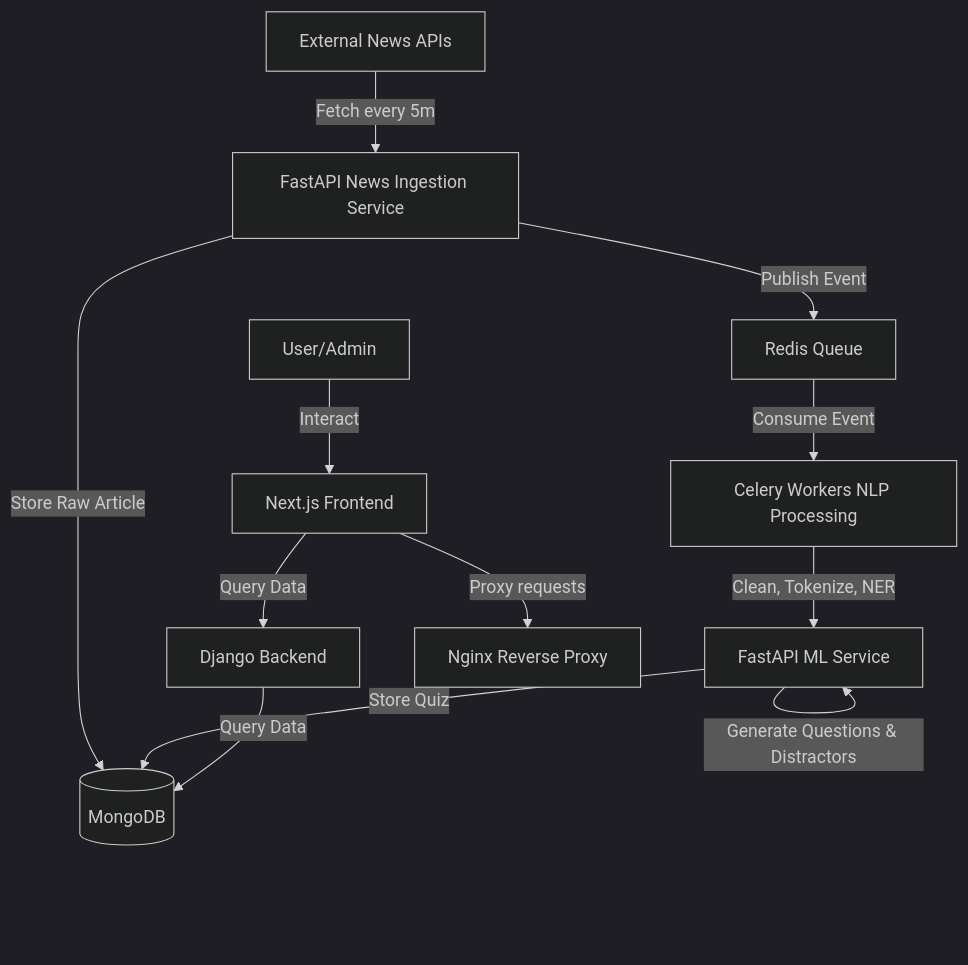
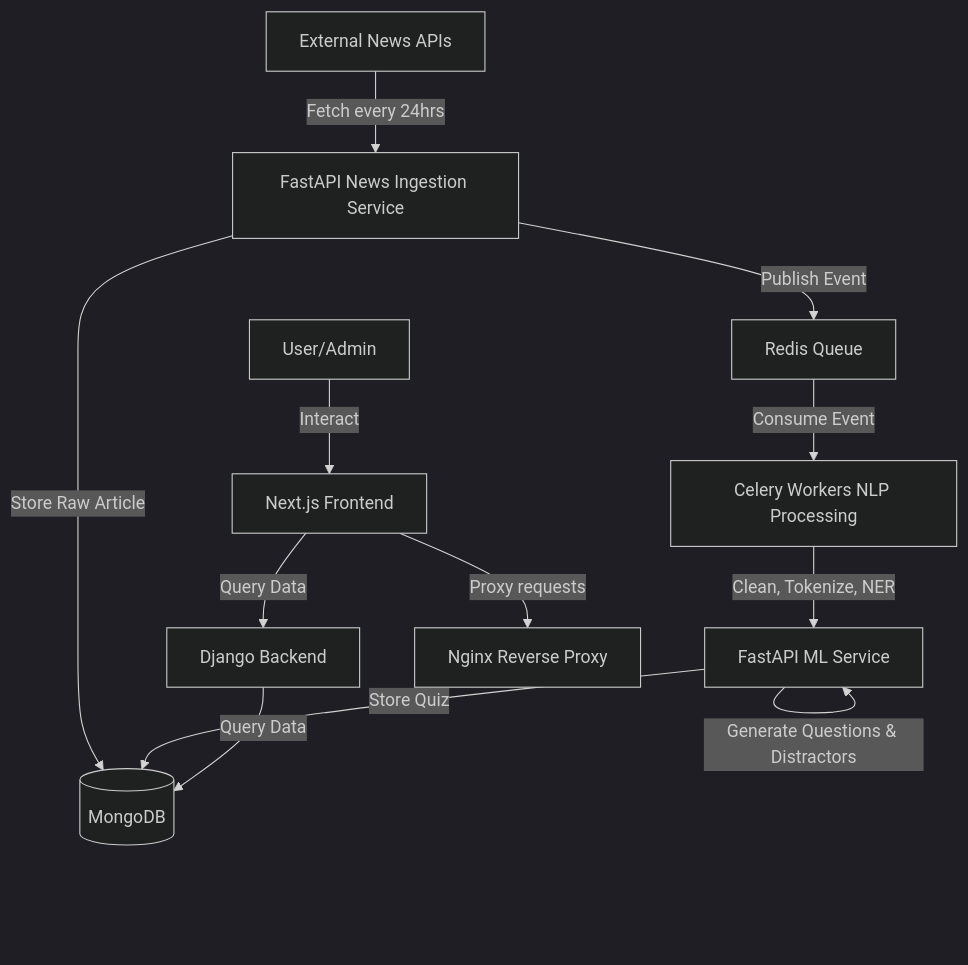
One commit to kartik4u2002/QuizApp changed the diagram in README.md. Above: the diagram before and after it, drawn with Mermaid (dark theme).

Commit message:
Change fetch frequency from 5m to 24hrs
Updated fetch frequency for news ingestion service.

````diff
--- a/README.md
+++ b/README.md
@@ -24,14 +24,14 @@
 ```mermaid
 graph TD
-    A[External News APIs] -->|Fetch every 5m| B[FastAPI News Ingestion Service]
+    A[External News APIs] -->|Fetch every 24hrs| B[FastAPI News Ingestion Service]
     B -->|Store Raw Article| C[(MongoDB)]
     B -->|Publish Event| D[Redis Queue]
     D -->|Consume Event| E[Celery Workers NLP Processing]
     E -->|Clean, Tokenize, NER| F[FastAPI ML Service]
     F -->|Generate Questions & Distractors| F
     F -->|Store Quiz| C
     G[User/Admin] -->|Interact| H[Next.js Frontend]
     H -->|Query Data| I[Django Backend]
     I -->|Query Data| C
     H -->|Proxy requests| J[Nginx Reverse Proxy]
 ```
````
